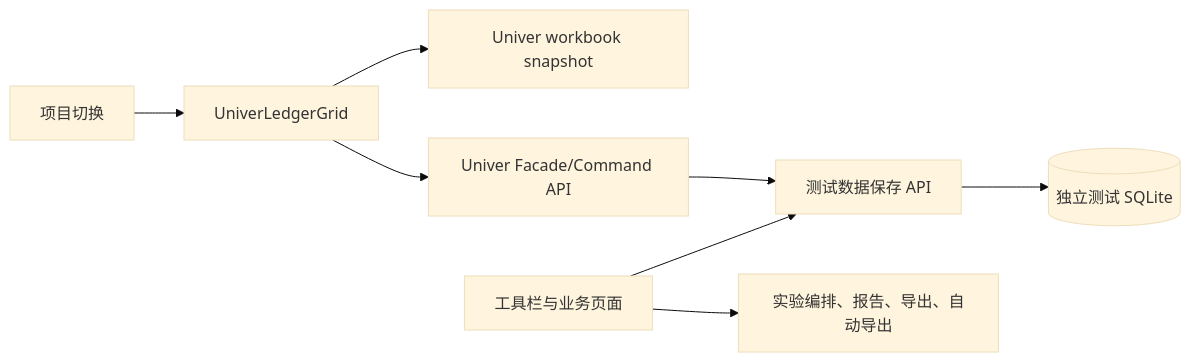
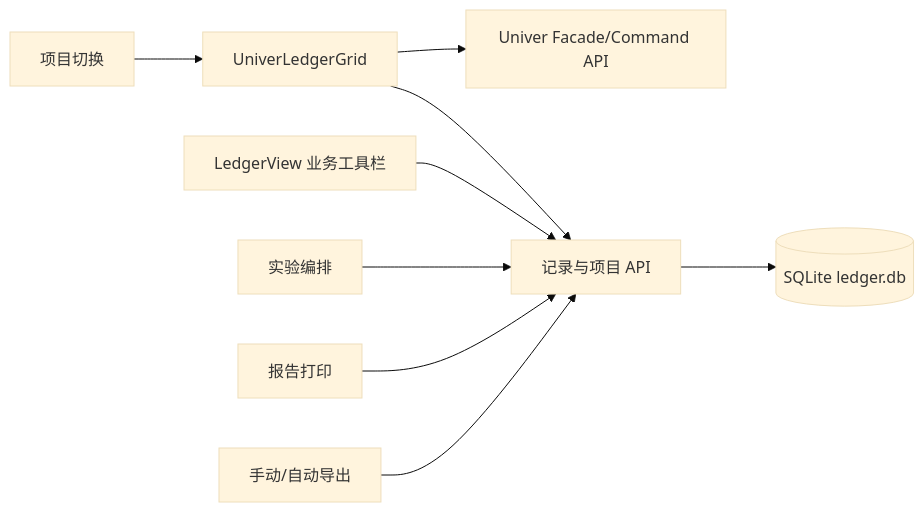
The diagram in docs/univer/architecture.md (omentwo/GeneLabLedger), drawn with Mermaid (base theme) before and after one commit. The commit also changed other lines of this file and 15 other files, not shown here.

Commit message:
feat: migrate ledger grid to Univer

````diff
--- a/docs/univer/architecture.md
+++ b/docs/univer/architecture.md
@@ -24,10 +3,11 @@
 ```mermaid
 flowchart LR
-  P[项目切换] --> W[UniverLedgerGrid]
-  W --> S[Univer workbook snapshot]
-  W --> U[Univer Facade/Command API]
-  U --> R[测试数据保存 API]
-  R --> DB[(独立测试 SQLite)]
-  T[工具栏与业务页面] --> R
-  T --> X[实验编排、报告、导出、自动导出]
+  P[项目切换] --> G[UniverLedgerGrid]
+  G --> F[Univer Facade/Command API]
+  G --> A[记录与项目 API]
+  A --> DB[(SQLite ledger.db)]
+  L[LedgerView 业务工具栏] --> A
+  E[实验编排] --> A
+  R[报告打印] --> A
+  X[手动/自动导出] --> A
 ```
````
